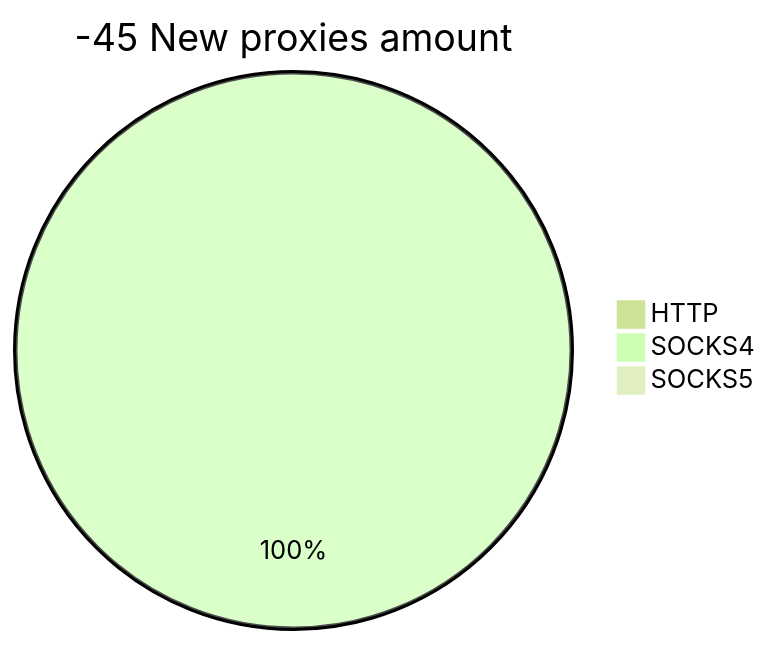
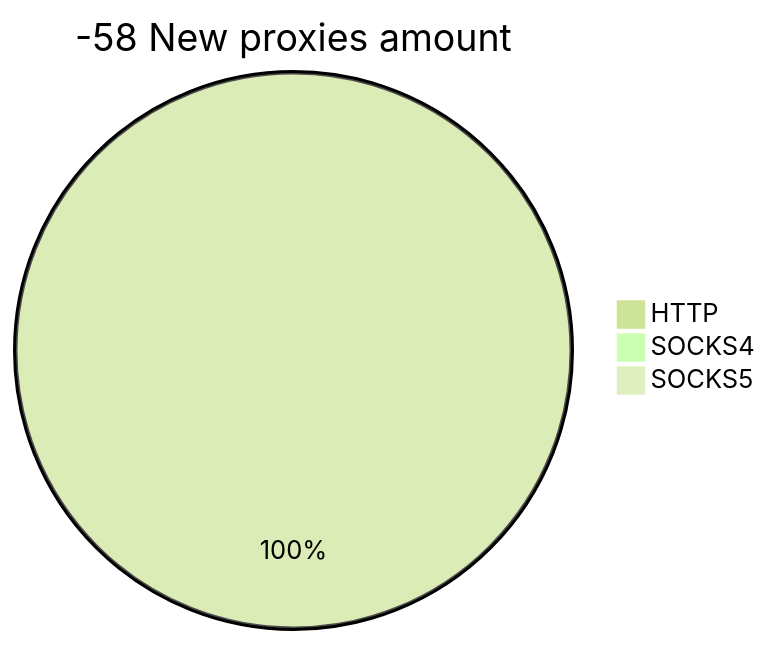
One commit to cutipu/proxylist changed the second of 2 diagrams in README.md. Above: the diagram before and after it, drawn with Mermaid (forest theme). The commit also changed other lines of this file, not shown here.

````diff
--- a/README.md
+++ b/README.md
@@ -10,6 +10,6 @@
 ```mermaid
-pie title -45 New proxies amount
-    "HTTP" : 0
-    "SOCKS4" : 2
+pie title -58 New proxies amount
+    "HTTP" : 25
+    "SOCKS4" : 0
     "SOCKS5" : 0
 ```
````
